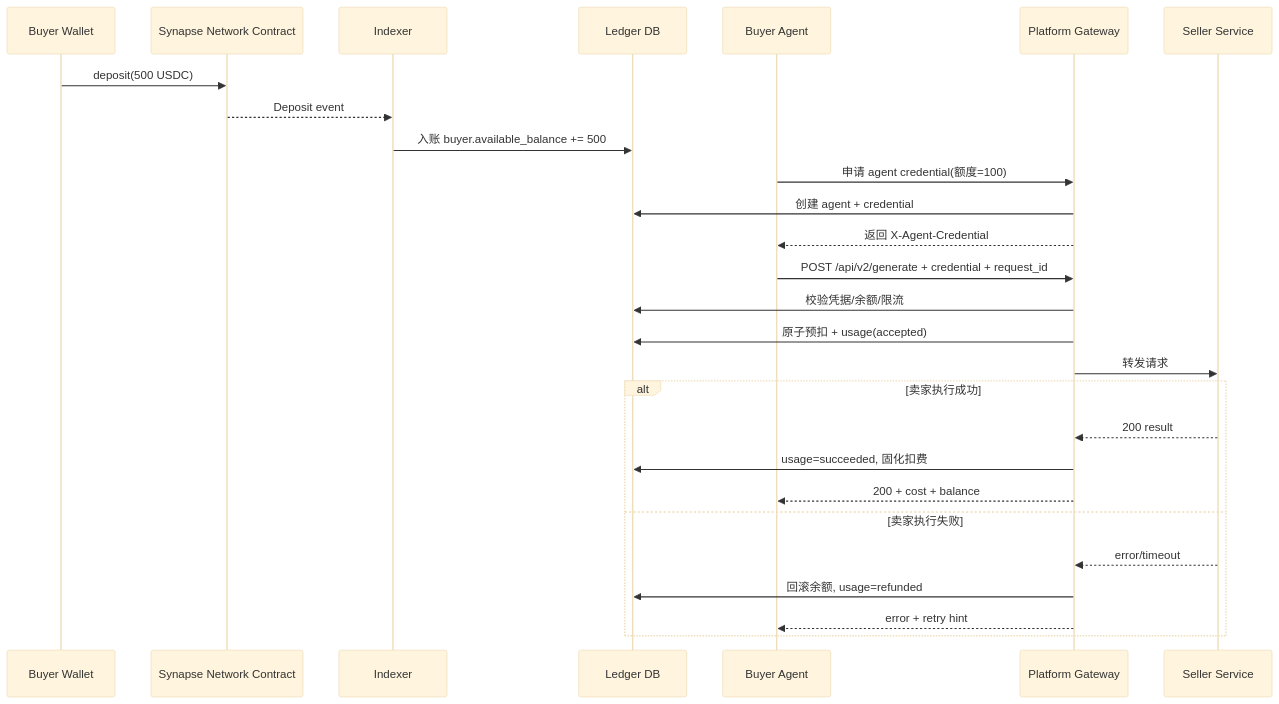
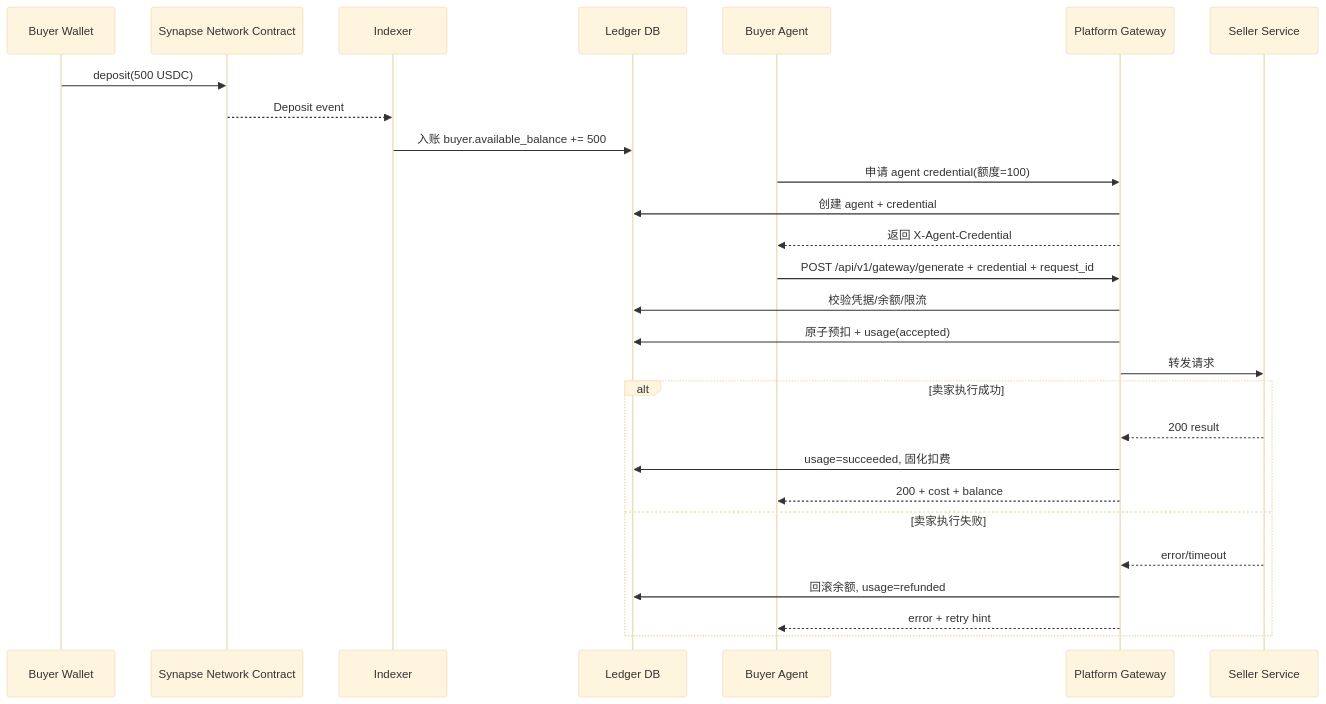
One commit to SynapseNetworkAI/Synapse-Network changed the second of 3 diagrams in doc/03_Smart_Contract_Payment/Settlement_and_Deduction_Logic.md. Above: the diagram before and after it, drawn with Mermaid (base theme). The commit also changed other lines of this file and 45 other files, not shown here.

Commit message:
refactor(api): unify gateway endpoints under /api/v1

````diff
--- a/doc/03_Smart_Contract_Payment/Settlement_and_Deduction_Logic.md
+++ b/doc/03_Smart_Contract_Payment/Settlement_and_Deduction_Logic.md
@@ -426,31 +426,31 @@
 ```mermaid
 sequenceDiagram
     participant BW as Buyer Wallet
     participant C as Synapse Network Contract
     participant I as Indexer
     participant D as Ledger DB
     participant BO as Buyer Agent
     participant G as Platform Gateway
     participant S as Seller Service
 
     BW->>C: deposit(500 USDC)
     C-->>I: Deposit event
     I->>D: 入账 buyer.available_balance += 500
     BO->>G: 申请 agent credential(额度=100)
     G->>D: 创建 agent + credential
     G-->>BO: 返回 X-Agent-Credential
 
-    BO->>G: POST /api/v2/generate + credential + request_id
+    BO->>G: POST /api/v1/gateway/generate + credential + request_id
     G->>D: 校验凭据/余额/限流
     G->>D: 原子预扣 + usage(accepted)
     G->>S: 转发请求
     alt 卖家执行成功
       S-->>G: 200 result
       G->>D: usage=succeeded, 固化扣费
       G-->>BO: 200 + cost + balance
     else 卖家执行失败
       S-->>G: error/timeout
       G->>D: 回滚余额, usage=refunded
       G-->>BO: error + retry hint
     end
 ```
````
